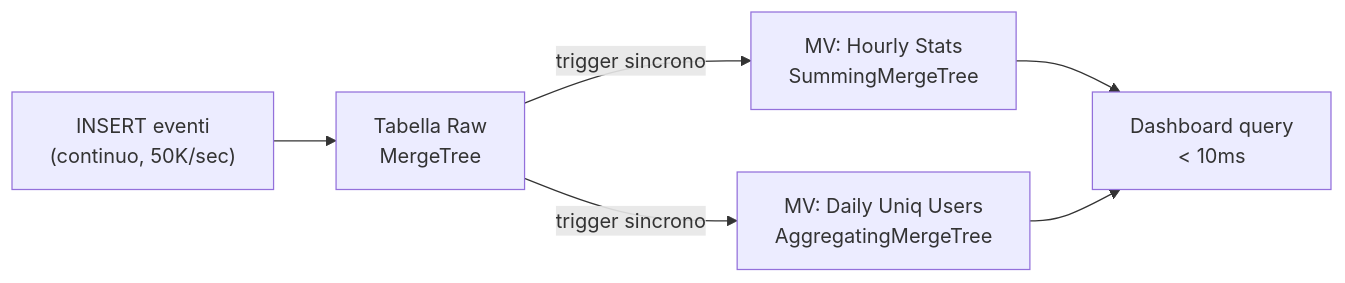
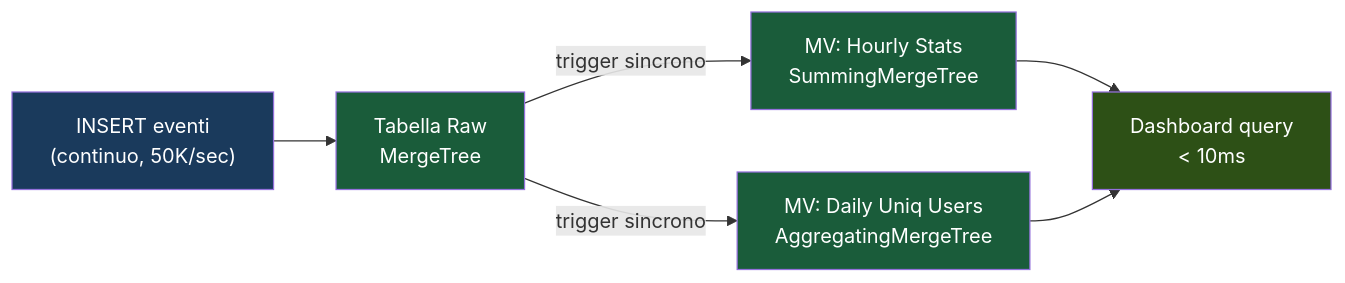
Before and after one commit to AndreyBertasini/gynnitech: the diagram in src/content/corso/real-time-analytics/clickhouse-rt.mdx, drawn with Mermaid. The commit also changed 21 other files, not shown here.

First line of the commit message:
style: applica color scheme semantico a tutti i diagrammi Mermaid del corso

````diff
--- a/src/content/corso/real-time-analytics/clickhouse-rt.mdx
+++ b/src/content/corso/real-time-analytics/clickhouse-rt.mdx
@@ -20,8 +20,13 @@
 ```mermaid
 graph LR
     A["INSERT eventi\n(continuo, 50K/sec)"] --> B["Tabella Raw\nMergeTree"]
     B -->|"trigger sincrono"| C["MV: Hourly Stats\nSummingMergeTree"]
     B -->|"trigger sincrono"| D["MV: Daily Uniq Users\nAggregatingMergeTree"]
     C --> E["Dashboard query\n< 10ms"]
     D --> E
+    style A fill:#1a3a5c,color:#ffffff
+    style B fill:#1a5c3a,color:#ffffff
+    style C fill:#1a5c3a,color:#ffffff
+    style D fill:#1a5c3a,color:#ffffff
+    style E fill:#2d5016,color:#ffffff
 ```
````
